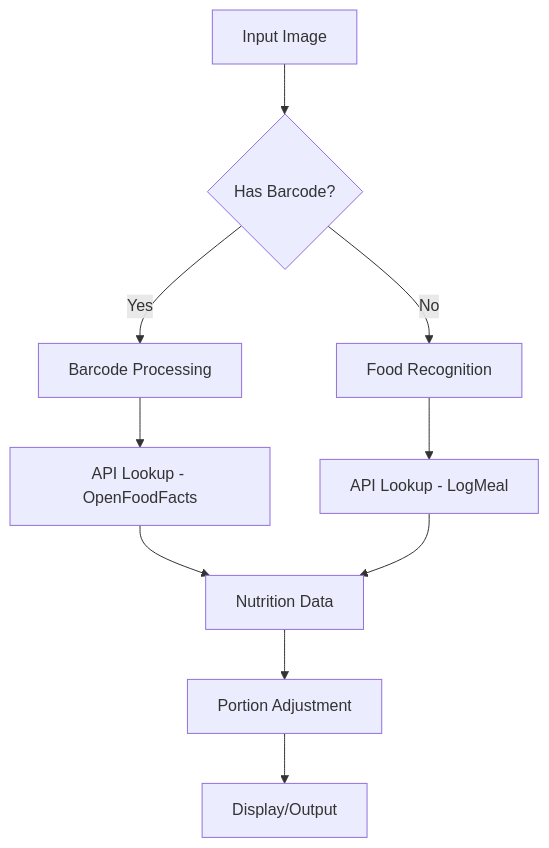
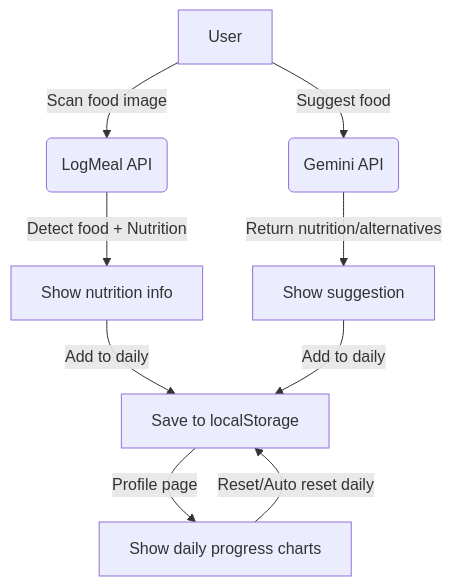
The diagram in README.md (RuleOfNight/Calories-Scan), drawn with Mermaid before and after one commit. The commit also changed other lines of this file and 1 other file, not shown here.

Commit message:
chore: small commit

````diff
--- a/README.md
+++ b/README.md
@@ -25,12 +27,11 @@
 ```mermaid
-graph TD
-    A[Input Image] --> B{Has Barcode?}
-    B -->|Yes| C[Barcode Processing]
-    B -->|No| D[Food Recognition]
-    C --> E[API Lookup - OpenFoodFacts]
-    D --> F[API Lookup - LogMeal]
-    E --> G[Nutrition Data]
-    F --> G
-    G --> H[Portion Adjustment]
-    H --> I[Display/Output]
+flowchart TD
+    A[User] -->|Scan food image| B(LogMeal API)
+    B -->|Detect food + Nutrition| C[Show nutrition info]
+    C -->|Add to daily| D[Save to localStorage]
+    A -->|Suggest food| E(Gemini API)
+    E -->|Return nutrition/alternatives| F[Show suggestion]
+    F -->|Add to daily| D
+    D -->|Profile page| G[Show daily progress charts]
+    G -->|Reset/Auto reset daily| D
 ```
````
